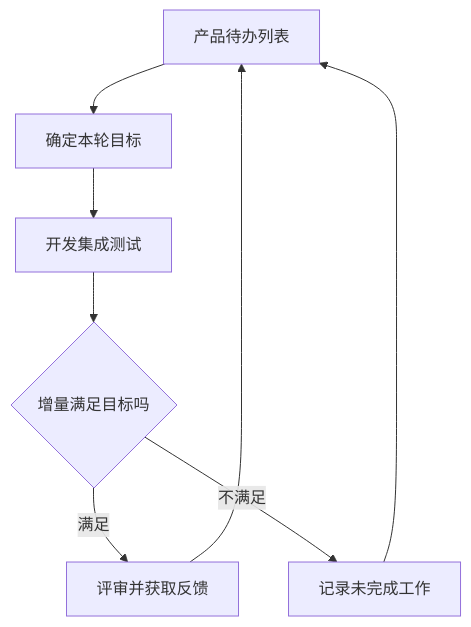
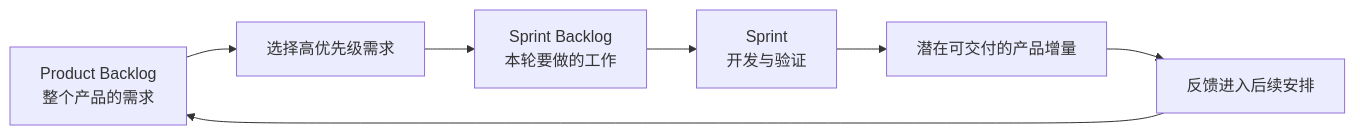
One commit to 74262195/system-architect-notes changed the diagram in 01_综合知识/04_软件工程基础知识/01_软件过程/Scrum迭代管理.md. Above: the diagram before and after it, drawn with Mermaid. The commit also changed other lines of this file, not shown here.

Commit message:
docs: rebuild Scrum iteration learning flow

````diff
--- a/01_综合知识/04_软件工程基础知识/01_软件过程/Scrum迭代管理.md
+++ b/01_综合知识/04_软件工程基础知识/01_软件过程/Scrum迭代管理.md
@@ -30,10 +90,9 @@
-```mermaid
-flowchart TD
- A[产品待办列表] --> B[确定本轮目标]
- B --> C[开发集成测试]
- C --> D{增量满足目标吗}
- D -->|满足| E[评审并获取反馈]
- D -->|不满足| F[记录未完成工作]
- E --> A
- F --> A
-```
+~~~mermaid
+flowchart LR
+    A["Product Backlog<br/>整个产品的需求"] --> B["选择高优先级需求"]
+    B --> C["Sprint Backlog<br/>本轮要做的工作"]
+    C --> D["Sprint<br/>开发与验证"]
+    D --> E["潜在可交付的产品增量"]
+    E --> F["反馈进入后续安排"]
+    F --> A
+~~~
````
